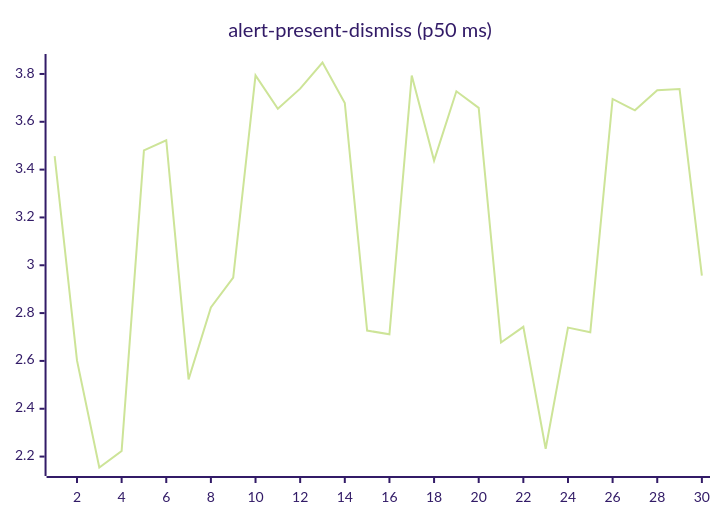
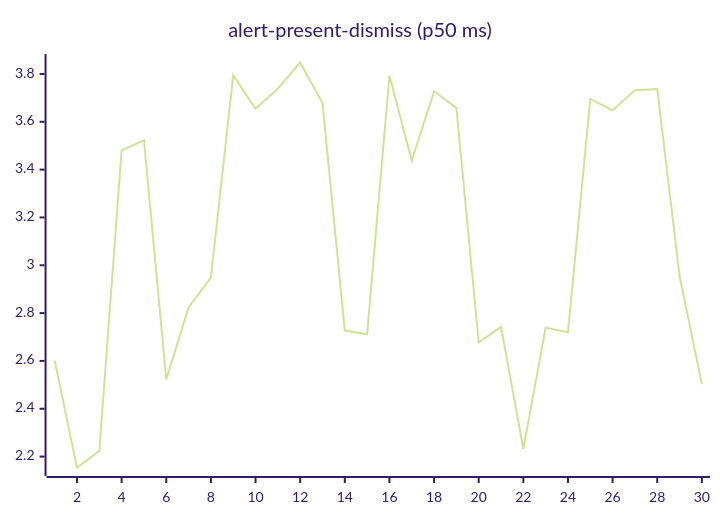
Before and after one commit to josha/Facet: the second of 27 diagrams in README.md, drawn with Mermaid (forest theme). The commit also changed other lines of this file and 2 other files, not shown here.

````diff
--- a/README.md
+++ b/README.md
@@ -70,6 +70,6 @@
 ```mermaid
 xychart-beta
     title "alert-present-dismiss (p50 ms)"
     x-axis 1 --> 30
-    line [3.4566, 2.6019, 2.1543, 2.2230, 3.4803, 3.5227, 2.5229, 2.8233, 2.9484, 3.7942, 3.6546, 3.7386, 3.8479, 3.6788, 2.7270, 2.7111, 3.7936, 3.4376, 3.7274, 3.6582, 2.6769, 2.7425, 2.2328, 2.7393, 2.7195, 3.6955, 3.6480, 3.7318, 3.7373, 2.9562]
+    line [2.6019, 2.1543, 2.2230, 3.4803, 3.5227, 2.5229, 2.8233, 2.9484, 3.7942, 3.6546, 3.7386, 3.8479, 3.6788, 2.7270, 2.7111, 3.7936, 3.4376, 3.7274, 3.6582, 2.6769, 2.7425, 2.2328, 2.7393, 2.7195, 3.6955, 3.6480, 3.7318, 3.7373, 2.9562, 2.5024]
 ```
````
